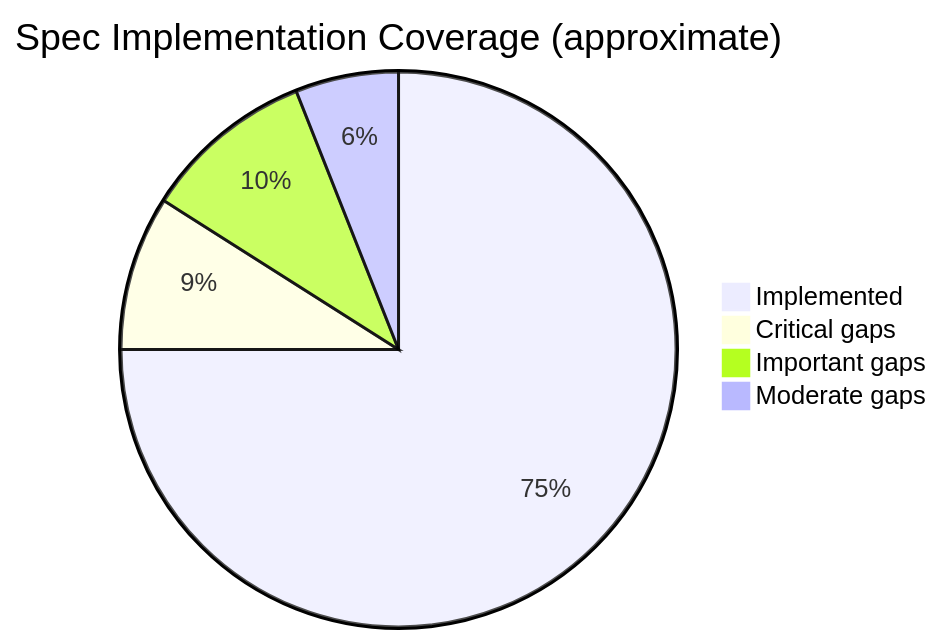
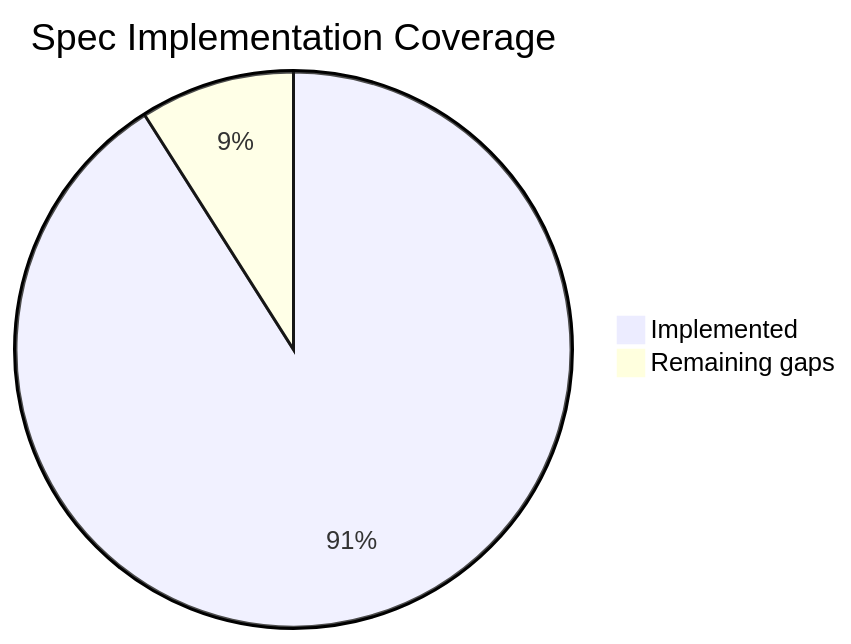
Before and after one commit to Quarmire/ndn-rs: the diagram in docs/wiki/src/reference/spec-compliance.md, drawn with Mermaid. The commit also changed other lines of this file and 3 other files, not shown here.

````diff
--- a/docs/wiki/src/reference/spec-compliance.md
+++ b/docs/wiki/src/reference/spec-compliance.md
@@ -113,8 +95,6 @@
 ```mermaid
 %%{init: {'theme': 'default'}}%%
-pie title Spec Implementation Coverage (approximate)
-    "Implemented" : 75
-    "Critical gaps" : 9
-    "Important gaps" : 10
-    "Moderate gaps" : 6
+pie title Spec Implementation Coverage
+    "Implemented" : 91
+    "Remaining gaps" : 9
 ```
````
